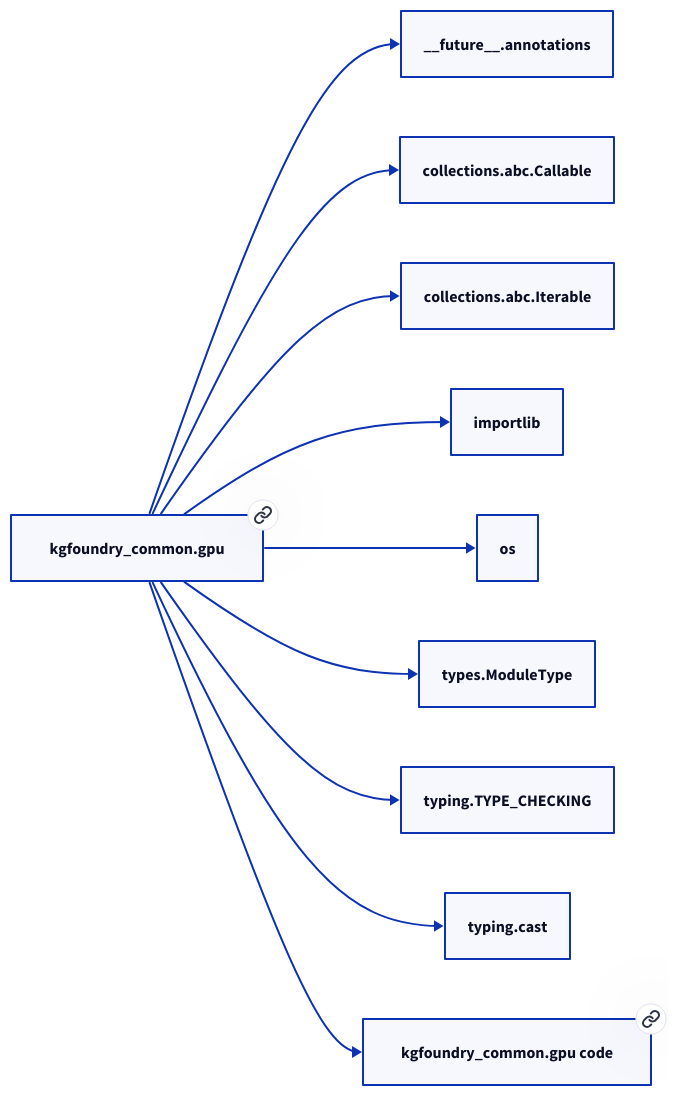
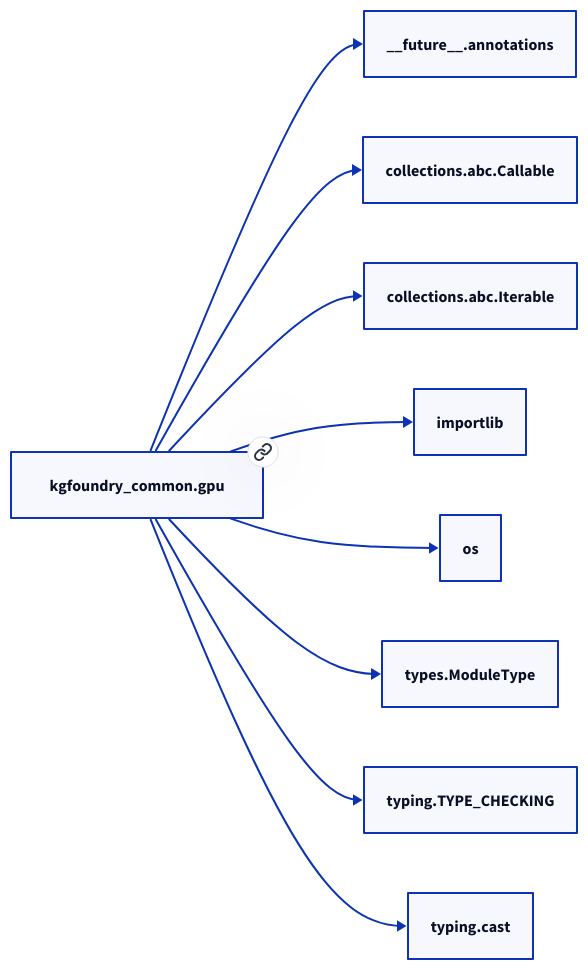
The diagram in docs/modules/kgfoundry_common/gpu.md (paul-heyse/kgforge), drawn with D2 before and after one commit. The commit also changed other lines of this file and 118 other files, not shown here.

````diff
--- a/docs/modules/kgfoundry_common/gpu.md
+++ b/docs/modules/kgfoundry_common/gpu.md
@@ -32,22 +30,20 @@
 ```d2
 direction: right
-"kgfoundry_common.gpu": "kgfoundry_common.gpu" { link: "./kgfoundry_common/gpu.md" }
+"kgfoundry_common.gpu": "kgfoundry_common.gpu" { link: "gpu.md" }
 "__future__.annotations": "__future__.annotations"
 "kgfoundry_common.gpu" -> "__future__.annotations"
 "collections.abc.Callable": "collections.abc.Callable"
 "kgfoundry_common.gpu" -> "collections.abc.Callable"
 "collections.abc.Iterable": "collections.abc.Iterable"
 "kgfoundry_common.gpu" -> "collections.abc.Iterable"
 "importlib": "importlib"
 "kgfoundry_common.gpu" -> "importlib"
 "os": "os"
 "kgfoundry_common.gpu" -> "os"
 "types.ModuleType": "types.ModuleType"
 "kgfoundry_common.gpu" -> "types.ModuleType"
 "typing.TYPE_CHECKING": "typing.TYPE_CHECKING"
 "kgfoundry_common.gpu" -> "typing.TYPE_CHECKING"
 "typing.cast": "typing.cast"
 "kgfoundry_common.gpu" -> "typing.cast"
-"kgfoundry_common.gpu_code": "kgfoundry_common.gpu code" { link: "https://github.com/kgfoundry/kgfoundry/blob/main/src/kgfoundry_common/gpu.py" }
-"kgfoundry_common.gpu" -> "kgfoundry_common.gpu_code" { style: dashed }
 ```
````
